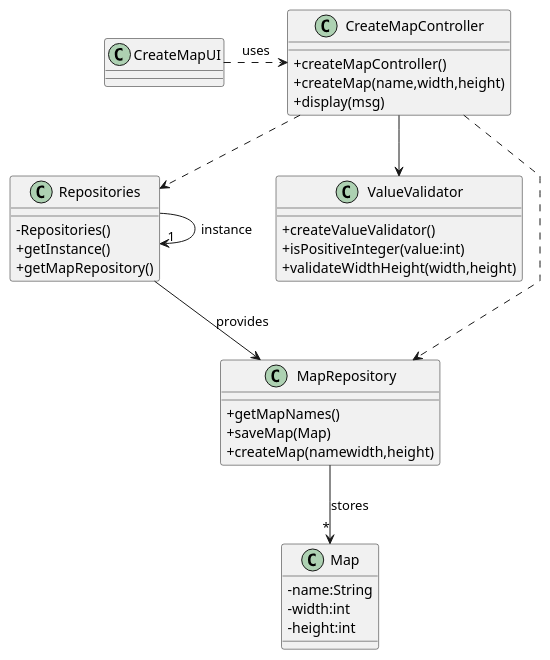
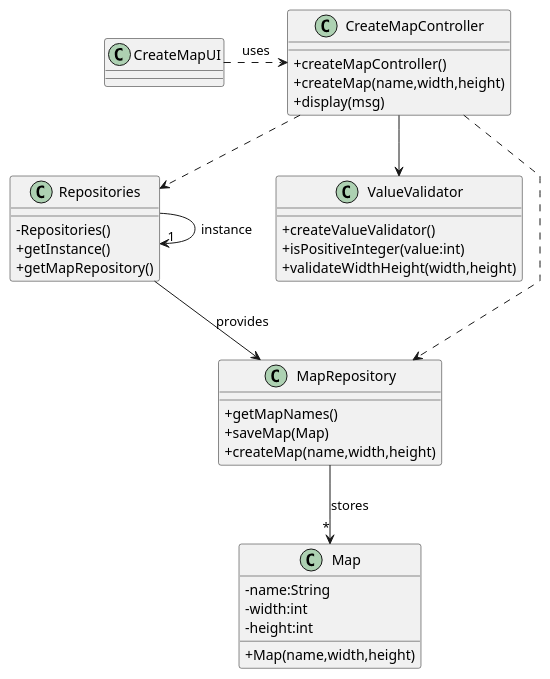
The diagram in docs/system-documentation/US001/03.design/puml/US001-CD.puml (1240826/empire-on-tracks), drawn with PlantUML before and after one commit.

```diff
--- a/docs/system-documentation/US001/03.design/puml/US001-CD.puml
+++ b/docs/system-documentation/US001/03.design/puml/US001-CD.puml
@@ -1,54 +1,55 @@
 @startuml
 skinparam packageStyle rectangle
 skinparam shadowing false
 skinparam linetype polyline
 skinparam classAttributeIconSize 0
 
 class CreateMapUI {
 
 }
 
 class CreateMapController {
   +createMapController()
   +createMap(name,width,height)
   +display(msg)
 }
 
 class ValueValidator {
   +createValueValidator()
   +isPositiveInteger(value:int)
   +validateWidthHeight(width,height)
 }
 
 class Repositories {
 
   -Repositories()
   +getInstance()
   +getMapRepository()
 }
 
 class MapRepository {
   +getMapNames()
   +saveMap(Map)
-  +createMap(namewidth,height)
+  +createMap(name,width,height)
 
 }
 
 class Map {
   -name:String
   -width:int
   -height:int
+  +Map(name,width,height)
 }
 
 CreateMapUI .> CreateMapController     : uses
 
 CreateMapController ..> MapRepository
 CreateMapController ..> Repositories
 
 CreateMapController --> ValueValidator
 
 Repositories -->  MapRepository    : provides
 MapRepository -->"*" Map             : stores
 
 Repositories -> "1" Repositories : instance
 @enduml
```
